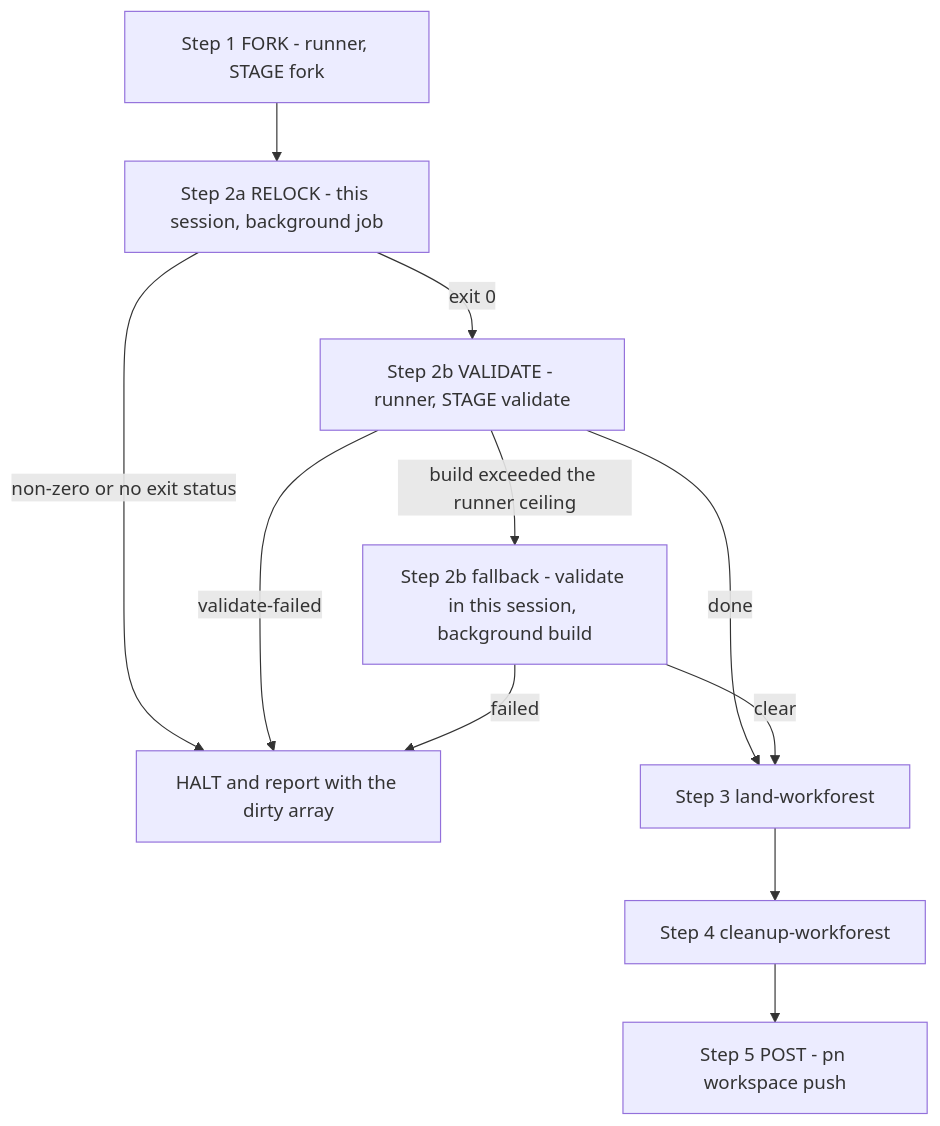
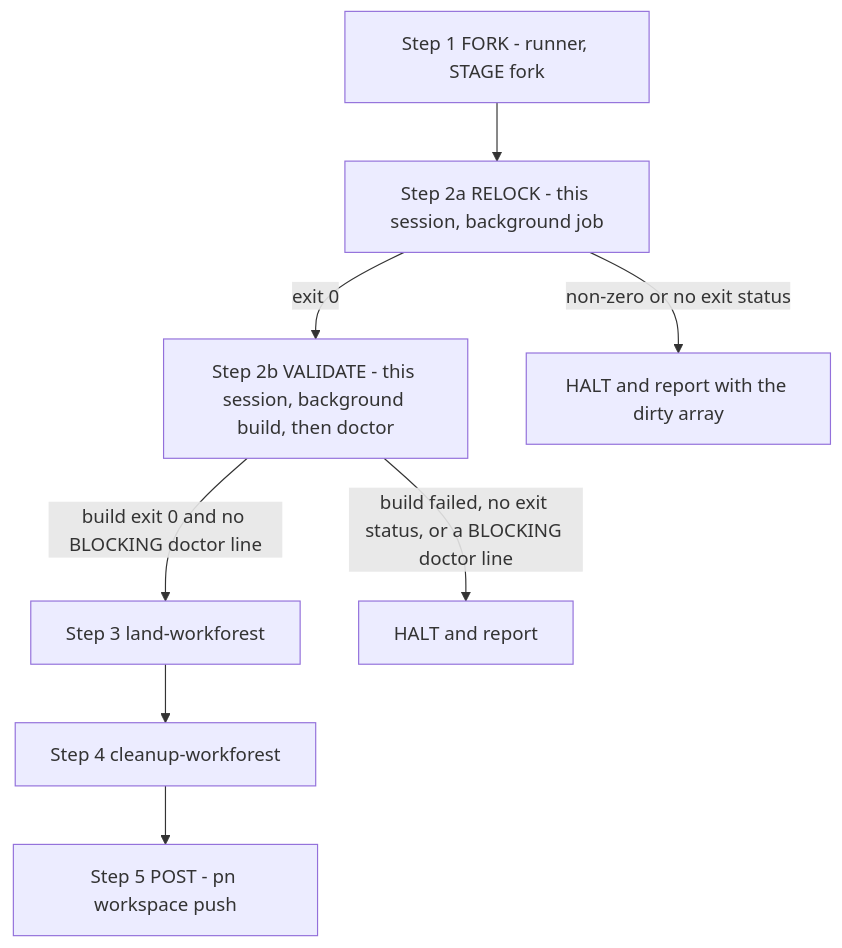
One commit to phillipgreenii/nix-repo-base changed the diagram in pn-workspace-rules/commands/pn-workspace-update.md. Above: the diagram before and after it, drawn with Mermaid. The commit also changed other lines of this file and 5 other files, not shown here.

````diff
--- a/pn-workspace-rules/commands/pn-workspace-update.md
+++ b/pn-workspace-rules/commands/pn-workspace-update.md
@@ -40,13 +41,10 @@
 ```mermaid
 flowchart TD
     F["Step 1 FORK - runner, STAGE fork"] --> R["Step 2a RELOCK - this session, background job"]
-    R -->|"exit 0"| V["Step 2b VALIDATE - runner, STAGE validate"]
+    R -->|"exit 0"| V["Step 2b VALIDATE - this session, background build, then doctor"]
     R -->|"non-zero or no exit status"| H["HALT and report with the dirty array"]
-    V -->|"done"| L["Step 3 land-workforest"]
-    V -->|"validate-failed"| H
-    V -->|"build exceeded the runner ceiling"| M["Step 2b fallback - validate in this session, background build"]
-    M -->|"clear"| L
-    M -->|"failed"| H
+    V -->|"build exit 0 and no BLOCKING doctor line"| L["Step 3 land-workforest"]
+    V -->|"build failed, no exit status, or a BLOCKING doctor line"| H2["HALT and report"]
     L --> C["Step 4 cleanup-workforest"]
     C --> P["Step 5 POST - pn workspace push"]
 ```
````
